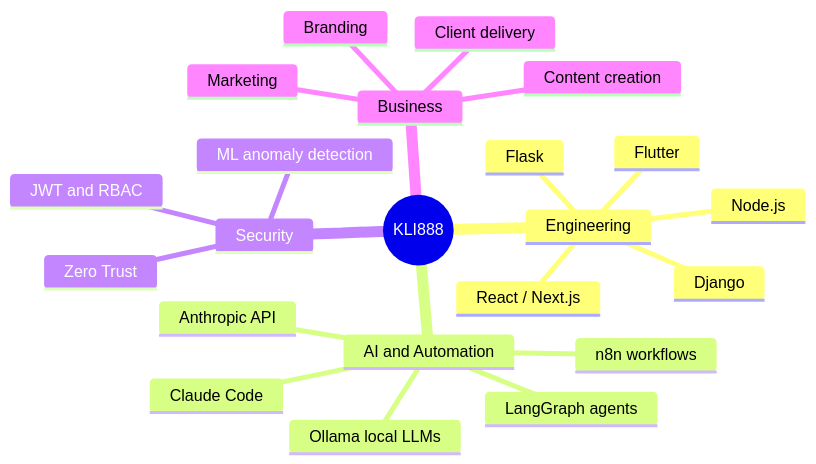
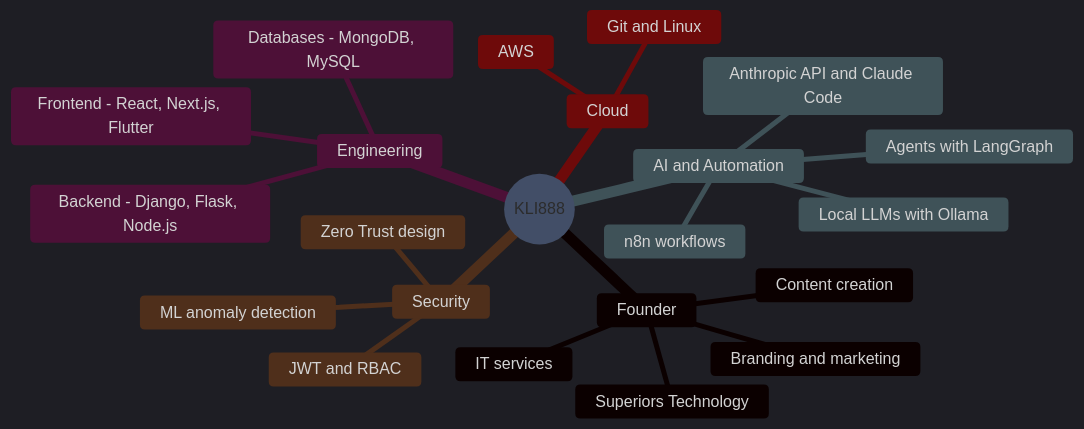
One commit to KLI888/KLI888 changed the first of 4 diagrams in README.md. Above: the diagram before and after it, drawn with Mermaid. The commit also changed other lines of this file and 13 other files, not shown here.

````diff
--- a/README.md
+++ b/README.md
@@ -23,25 +17,26 @@
 ```mermaid
+%%{init: {'theme':'dark','themeVariables':{'primaryColor':'#1a1f29','primaryTextColor':'#d0d7e2','primaryBorderColor':'#4f8cff','lineColor':'#4f8cff','secondaryColor':'#1a1f29','tertiaryColor':'#0f1218','edgeLabelBackground':'#0f1218','fontFamily':'monospace'}}}%%
 mindmap
   root((KLI888))
+    Founder
+      Superiors Technology
+      Branding and marketing
+      Content creation
+      IT services
     Engineering
-      Django
-      Flask
-      Node.js
-      React / Next.js
-      Flutter
+      Backend - Django, Flask, Node.js
+      Frontend - React, Next.js, Flutter
+      Databases - MongoDB, MySQL
     AI and Automation
       n8n workflows
-      Ollama local LLMs
-      LangGraph agents
-      Anthropic API
-      Claude Code
+      Local LLMs with Ollama
+      Agents with LangGraph
+      Anthropic API and Claude Code
     Security
-      Zero Trust
+      Zero Trust design
       JWT and RBAC
       ML anomaly detection
-    Business
-      Branding
-      Marketing
-      Content creation
-      Client delivery
+    Cloud
+      AWS
+      Git and Linux
 ```
````
